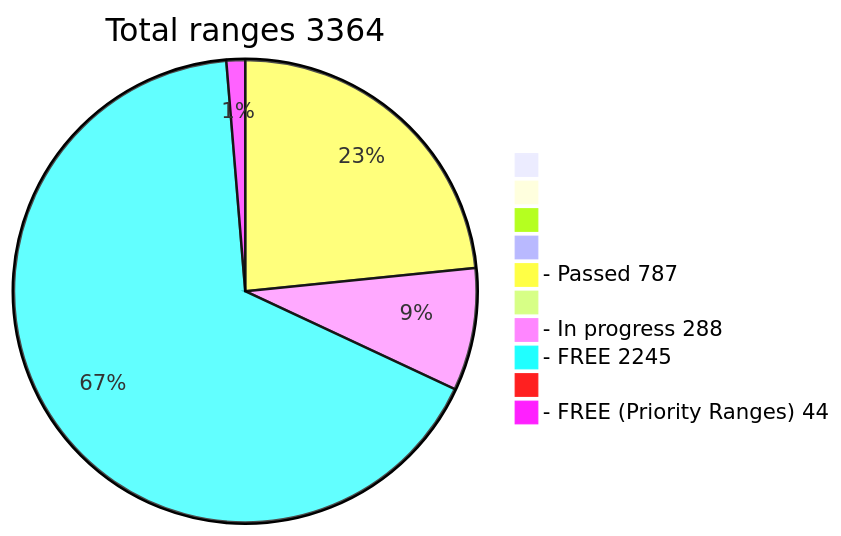
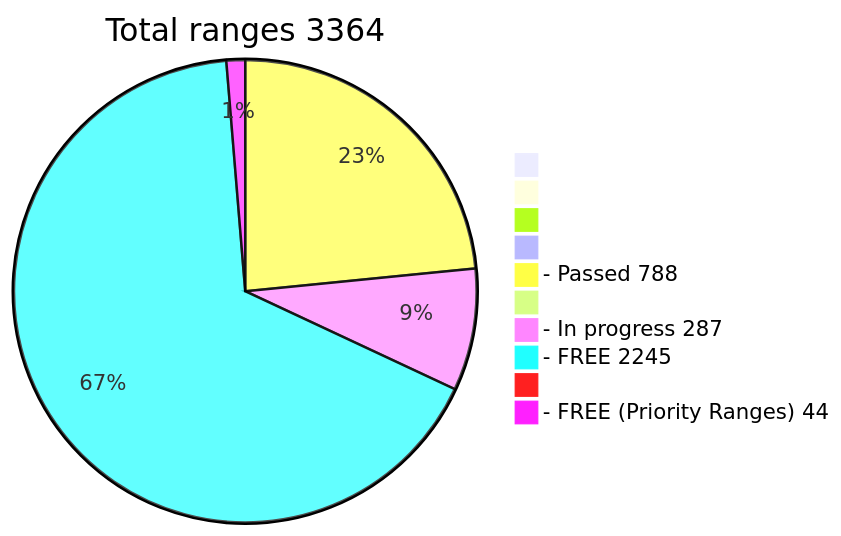
The diagram in README.md (phrutis/wif500), drawn with Mermaid before and after one commit.

````diff
--- a/README.md
+++ b/README.md
@@ -16,13 +16,13 @@
 ```mermaid
 pie title Total ranges 3364
              " " : 0
             "  " : 0
            "   " : 0
           "    " : 0
-  "- Passed 787" : 787
+  "- Passed 788" : 788
          "     " : 0
-  "- In progress 288" : 288
+  "- In progress 287" : 287
    "- FREE 2245" : 2245
         "      " : 0
   "- FREE (Priority Ranges) 44" : 44
 ```
````
